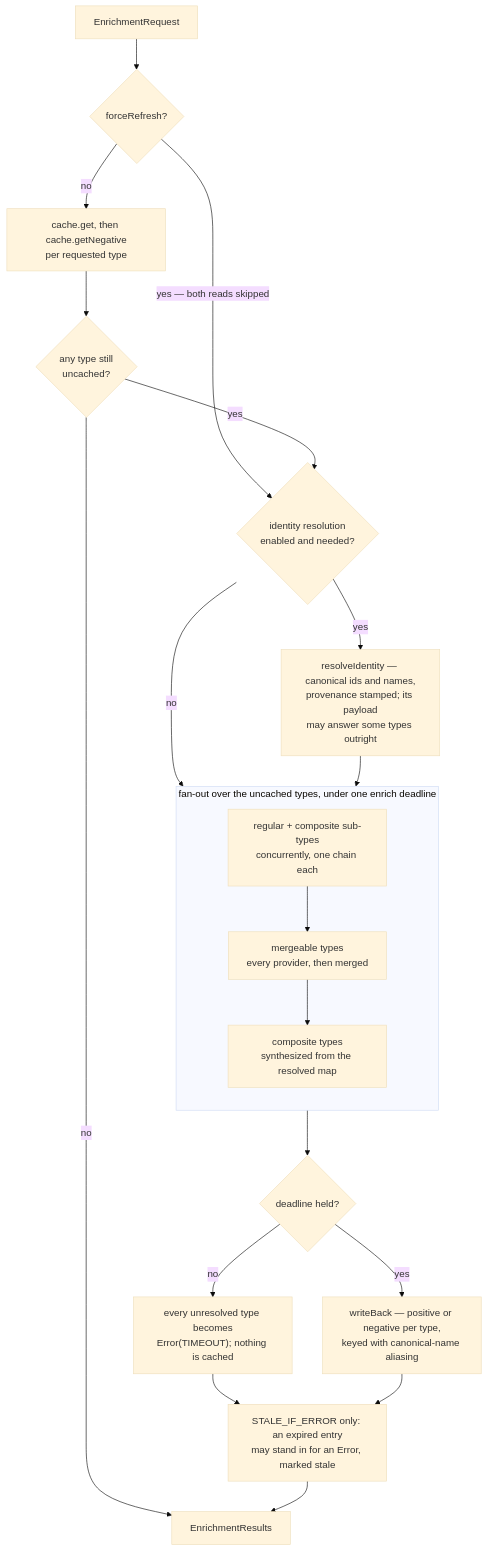
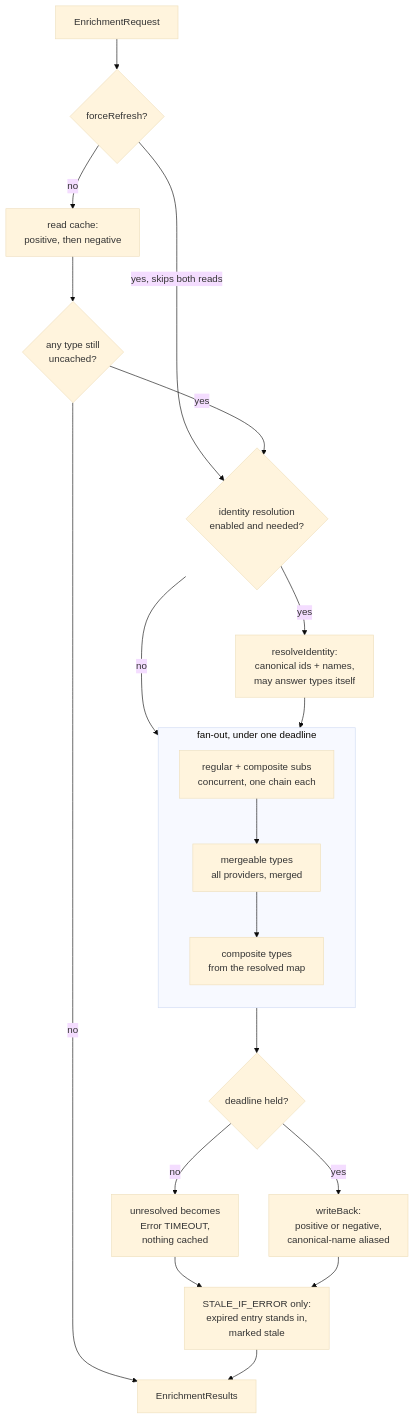
One commit to famesjranko/musicmeta changed the second of 2 diagrams in ARCHITECTURE.md. Above: the diagram before and after it, drawn with Mermaid (base theme). The commit also changed other lines of this file, not shown here.

Commit message:
docs: shorten diagram labels so GitHub stops clipping them

````diff
--- a/ARCHITECTURE.md
+++ b/ARCHITECTURE.md
@@ -85,27 +85,27 @@
 ```mermaid
 flowchart TD
     req["EnrichmentRequest"] --> force{"forceRefresh?"}
-    force -->|"yes — both reads skipped"| ident
-    force -->|no| cacheread["cache.get, then cache.getNegative<br/>per requested type"]
+    force -->|"yes, skips both reads"| ident
+    force -->|no| cacheread["read cache:<br/>positive, then negative"]
     cacheread --> anyleft{"any type still<br/>uncached?"}
     anyleft -->|no| results
     anyleft -->|yes| ident{"identity resolution<br/>enabled and needed?"}
     ident -->|no| fanout
-    ident -->|yes| resolve["resolveIdentity — canonical ids and names,<br/>provenance stamped; its payload<br/>may answer some types outright"]
+    ident -->|yes| resolve["resolveIdentity:<br/>canonical ids + names,<br/>may answer types itself"]
     resolve --> fanout
 
-    subgraph fanout["fan-out over the uncached types, under one enrich deadline"]
+    subgraph fanout["fan-out, under one deadline"]
         direction TB
-        regular["regular + composite sub-types<br/>concurrently, one chain each"]
-        mergeable["mergeable types<br/>every provider, then merged"]
-        composite["composite types<br/>synthesized from the resolved map"]
+        regular["regular + composite subs<br/>concurrent, one chain each"]
+        mergeable["mergeable types<br/>all providers, merged"]
+        composite["composite types<br/>from the resolved map"]
         regular --> mergeable --> composite
     end
 
     fanout --> deadline{"deadline held?"}
-    deadline -->|"no"| timedout["every unresolved type becomes<br/>Error(TIMEOUT); nothing is cached"]
-    deadline -->|yes| writeback["writeBack — positive or negative per type,<br/>keyed with canonical-name aliasing"]
+    deadline -->|"no"| timedout["unresolved becomes<br/>Error TIMEOUT,<br/>nothing cached"]
+    deadline -->|yes| writeback["writeBack:<br/>positive or negative,<br/>canonical-name aliased"]
     timedout --> stale
-    writeback --> stale["STALE_IF_ERROR only: an expired entry<br/>may stand in for an Error, marked stale"]
+    writeback --> stale["STALE_IF_ERROR only:<br/>expired entry stands in,<br/>marked stale"]
     stale --> results["EnrichmentResults"]
 ```
````
